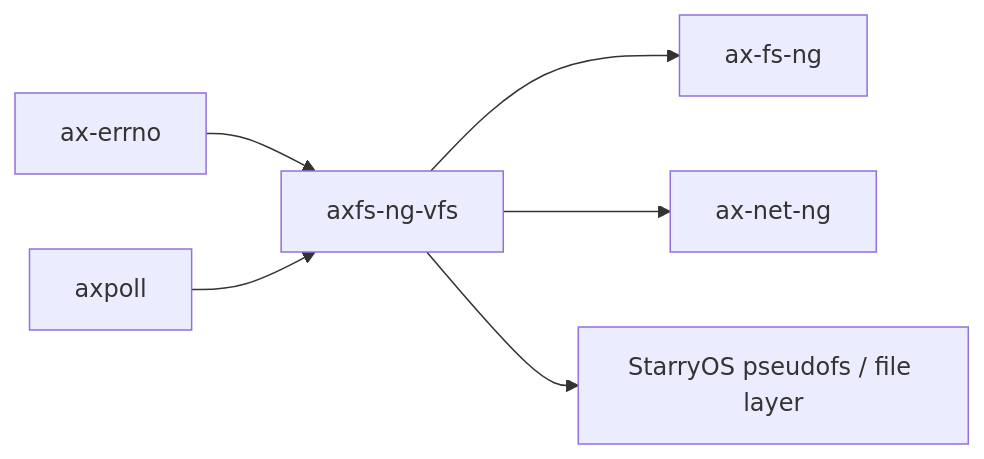
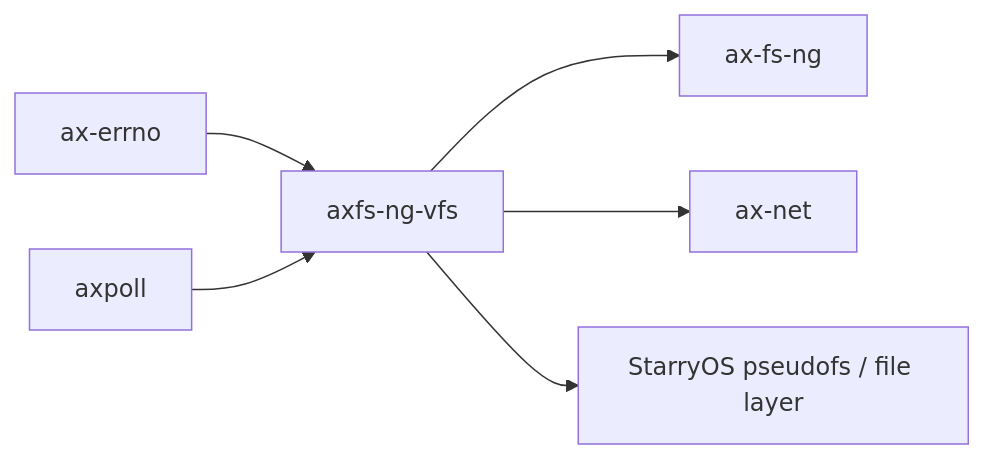
The second of 2 diagrams in docs/docs/components/crates/axfs-ng-vfs.md (rcore-os/tgoskits), drawn with Mermaid before and after one commit. The commit also changed other lines of this file and 76 other files, not shown here.

````diff
--- a/docs/docs/components/crates/axfs-ng-vfs.md
+++ b/docs/docs/components/crates/axfs-ng-vfs.md
@@ -98,9 +98,9 @@
 ```mermaid
 graph LR
     ax_errno["ax-errno"] --> current["axfs-ng-vfs"]
     axpoll["axpoll"] --> current
 
     current --> axfs_ng["ax-fs-ng"]
-    current --> ax-net_ng["ax-net-ng"]
+    current --> ax-net_ng["ax-net"]
     current --> starry_pseudofs["StarryOS pseudofs / file layer"]
 ```
````
